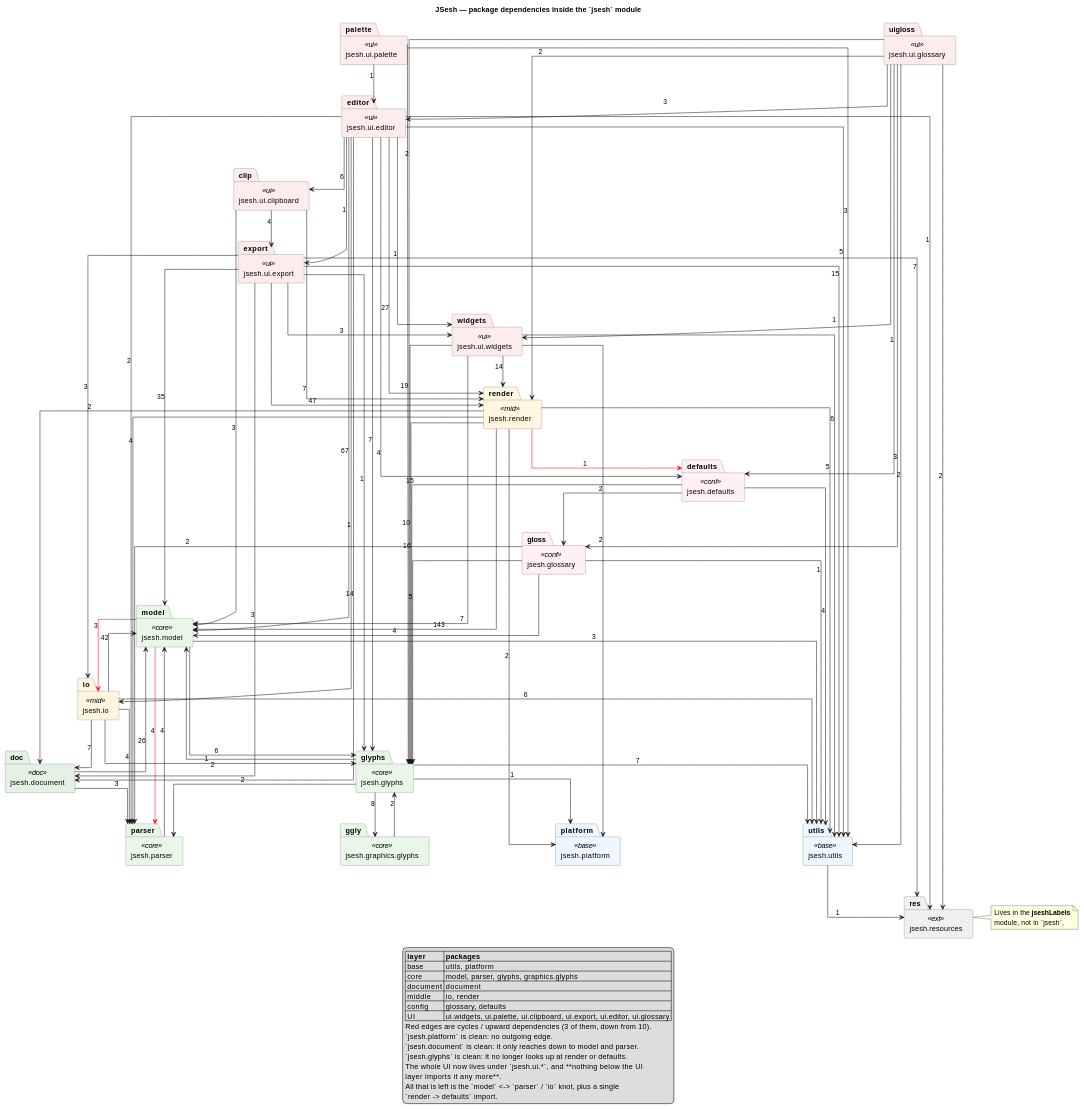
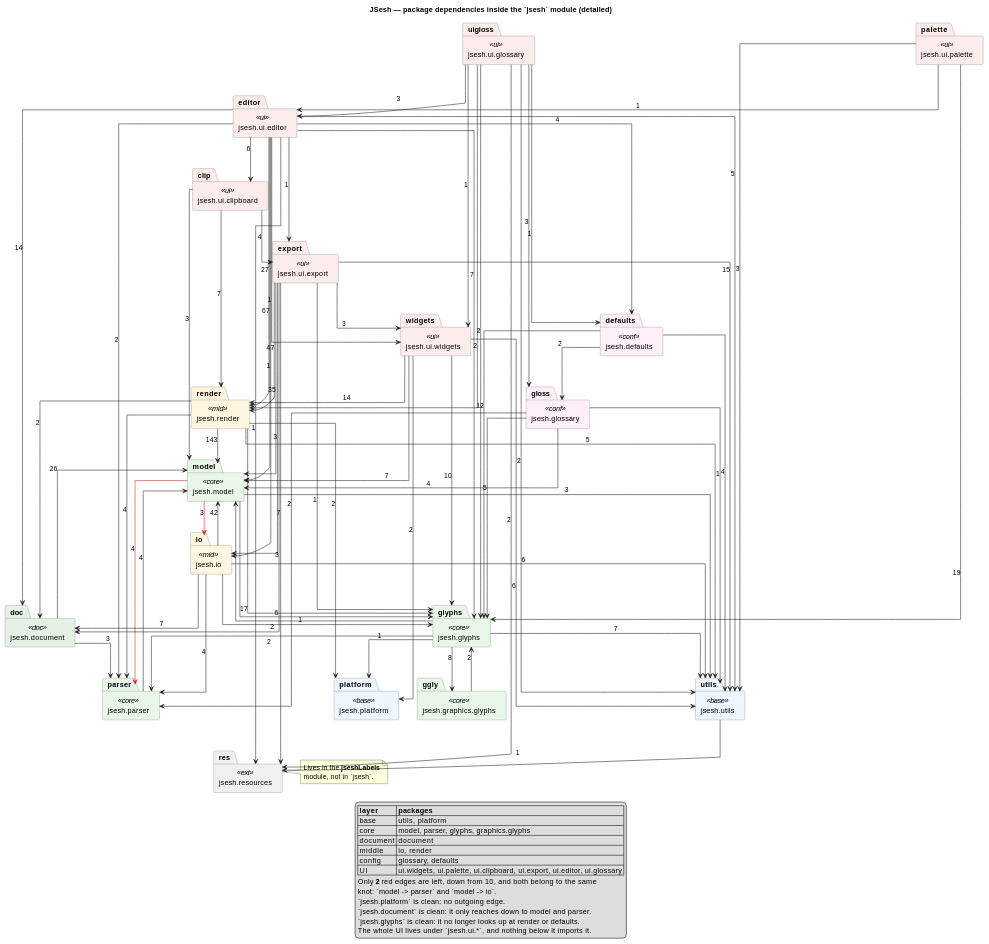
The first of 2 diagrams in 00_Documents/documentation/jsesh-package-dependencies.md (rosmord/jsesh), drawn with PlantUML before and after one commit. The commit also changed other lines of this file and 6 other files, not shown here.

Commit message:
moved class predefined fonts

````diff
--- a/00_Documents/documentation/jsesh-package-dependencies.md
+++ b/00_Documents/documentation/jsesh-package-dependencies.md
@@ -1,26 +16,23 @@
 ```plantuml
 @startuml jsesh-package-dependencies
 '
-' Dependencies between the top-level packages of the `jsesh` module.
+' Dependencies between the packages of the `jsesh` module, with `jsesh.ui`
+' expanded.
 '
-' Regenerated from the actual `import` statements found in
-' jsesh/src/main/java (2026-07-19), after the Swing/UI reorganisation
-' the move of PDFExportConstants to `jsesh.io.constants`, and the
-' extraction of the UserSignWriter interface:
-'   jsesh.swing          -> jsesh.ui.widgets
-'   jsesh.editor         -> jsesh.ui.editor
-'   jsesh.clipboard      -> jsesh.ui.clipboard
-'   jsesh.graphics.export-> jsesh.ui.export
-'   jsesh.glossary       -> split into jsesh.glossary (model side)
-'                           and jsesh.ui.glossary (editor UI)
-'   jsesh.ui.palette     -> new (extracted from the old swing/defaults mix)
-' Edge labels = number of import statements.
+' State as of 2026-07-19, after:
+'   - the Swing/UI reorganisation:
+'       jsesh.swing           -> jsesh.ui.widgets
+'       jsesh.editor          -> jsesh.ui.editor
+'       jsesh.clipboard       -> jsesh.ui.clipboard
+'       jsesh.graphics.export -> jsesh.ui.export
+'       jsesh.glossary        -> split into jsesh.glossary (model side)
+'                                 and jsesh.ui.glossary (editor UI)
+'       jsesh.ui.palette      -> new
+'   - PDFExportConstants moved to `jsesh.io.constants`
+'   - the UserSignWriter interface extracted into `jsesh.glyphs.signsource`
+'   - PredefinedFonts moved down from `jsesh.defaults` to `jsesh.glyphs.fonts`
 '
-' Solid arrows  = dependency going "downwards" (intended direction).
-' Red arrows    = dependency going "upwards" (layering violation:
-'                 a lower layer depends on a higher one).
-'
-title JSesh — package dependencies inside the `jsesh` module
+title JSesh — package dependencies inside the `jsesh` module (detailed)
 
 skinparam packageStyle rectangle
 skinparam shadowing false
@@ -77,14 +89,16 @@
 
 parser -->        model               : 4
 
+' `jsesh.glyphs` is now clean: every edge below points down or sideways
+' inside the core. The sign importer takes a
+' `jsesh.glyphs.signsource.UserSignWriter`, implemented up in
+' `jsesh.defaults.UserFontDirectoryManager`; and `PredefinedFonts` moved
+' down here, where it belongs (it only wraps `jsesh.glyphs.fonts` classes).
 glyphs -->        ggly                : 8
 glyphs -->        utils               : 7
 glyphs -->        model               : 2
 glyphs -->        parser              : 2
 glyphs -->        platform            : 1
-' `jsesh.glyphs` no longer looks up at anything: the sign importer takes a
-' `jsesh.glyphs.signsource.UserSignWriter` instead of the app-scoped
-' `jsesh.defaults.UserFontDirectoryManager`, which now implements it.
 
 ggly   -->        glyphs              : 2
 
@@ -98,31 +112,29 @@
 
 ' ---------------------------------------------------------------- middle layer
 render -->        model               : 143
-render -->        glyphs              : 16
+render -->        glyphs              : 17
 render -->        utils               : 5
 render -->        parser              : 4
 render -->        doc                 : 2
 render -->        platform            : 2
-render -[#red]->  defaults            : 1
 
 io     -->        model               : 42
 io     -->        doc                 : 7
 io     -->        utils               : 6
 io     -->        parser              : 4
 io     -->        glyphs              : 1
-' `io` no longer imports anything from the UI layer: PDFExportConstants,
-' shared by the PDF exporter and the PDF importer, now lives in
-' `jsesh.io.constants` and both sides import it downwards.
 
 ' ------------------------------------------------------- configuration layer
-' `jsesh.glossary` is now Swing-free: the table model and the editor
-' dialog moved to `jsesh.ui.glossary`.
+' `jsesh.glossary` is Swing-free: the table model and the editor dialog
+' live in `jsesh.ui.glossary`.
+' `jsesh.defaults` is now purely app-scoped assembly:
+' HieroglyphResourcesBuilder, HieroglyphResources, UserFontDirectoryManager.
 gloss    --> glyphs                   : 5
 gloss    --> model                    : 4
 gloss    --> parser                   : 2
 gloss    --> utils                    : 1
 
-defaults --> glyphs                   : 15
+defaults --> glyphs                   : 12
 defaults --> utils                    : 4
 defaults --> gloss                    : 2
 
@@ -180,14 +192,12 @@
   | middle   | io, render |
   | config   | glossary, defaults |
   | UI       | ui.widgets, ui.palette, ui.clipboard, ui.export, ui.editor, ui.glossary |
-  Red edges are cycles / upward dependencies (3 of them, down from 10).
+  Only **2** red edges are left, down from 10, and both belong to the same
+  knot: `model -> parser` and `model -> io`.
   `jsesh.platform` is clean: no outgoing edge.
   `jsesh.document` is clean: it only reaches down to model and parser.
   `jsesh.glyphs` is clean: it no longer looks up at render or defaults.
-  The whole UI now lives under `jsesh.ui.*`, and **nothing below the UI
-  layer imports it any more**.
-  All that is left is the `model` <-> `parser` / `io` knot, plus a single
-  `render -> defaults` import.
+  The whole UI lives under `jsesh.ui.*`, and nothing below it imports it.
 endlegend
 @enduml
 ```
````
